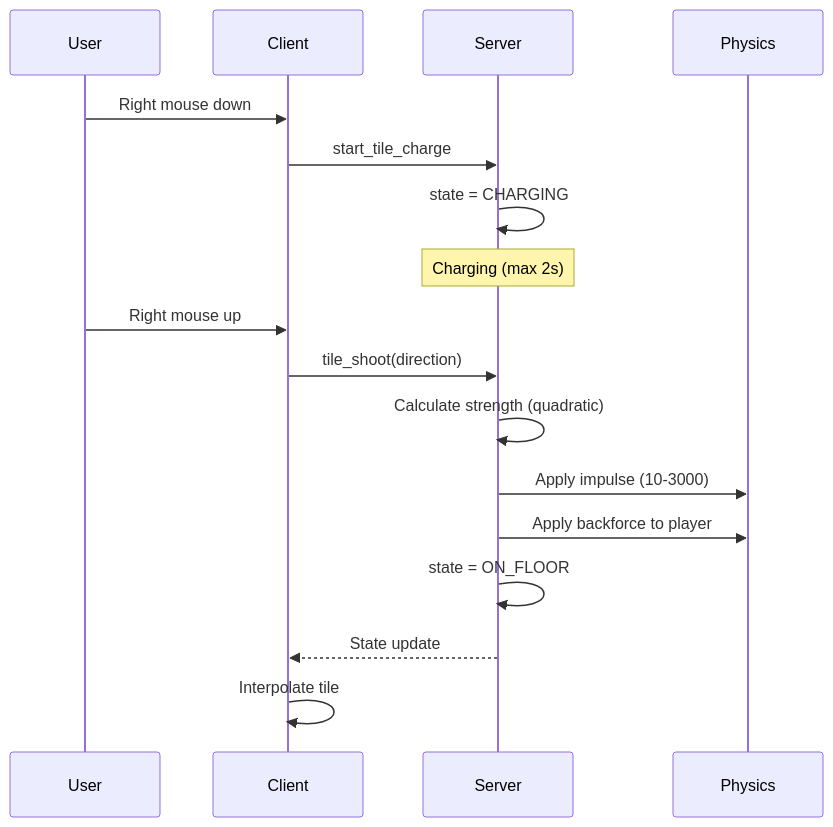
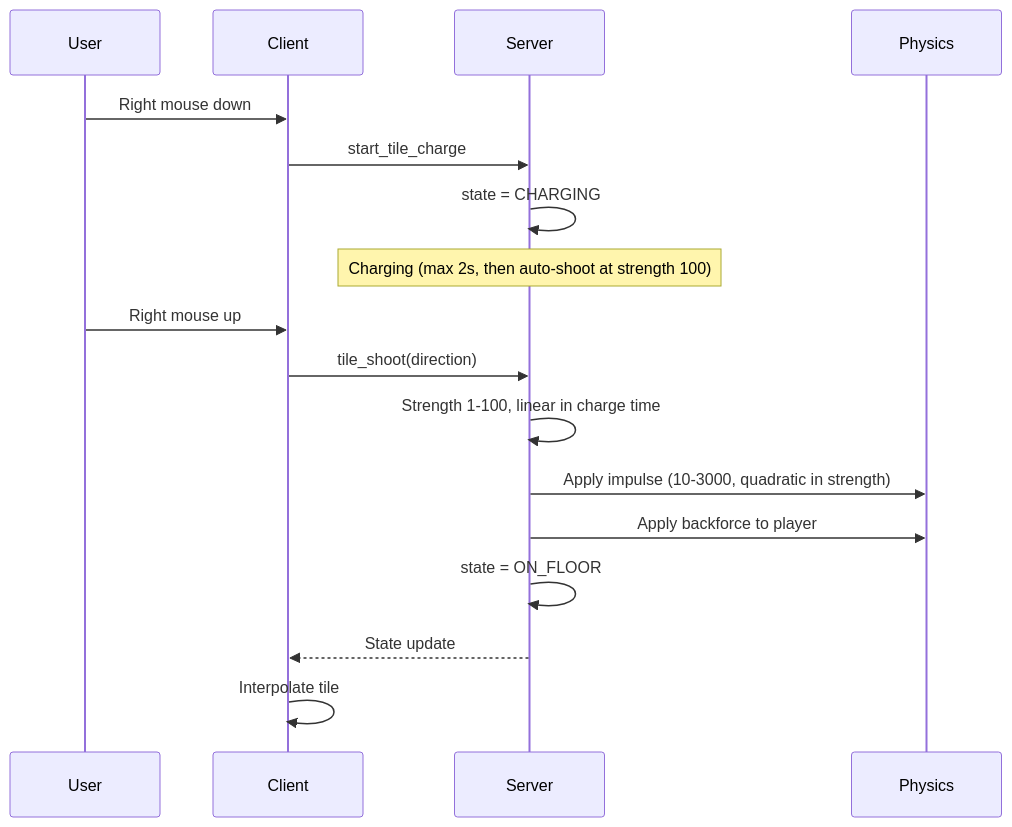
One commit to nguyenvanduocit/the-car-game changed diagram 14 of 16 in docs/GAME_LOGIC.md. Above: the diagram before and after it, drawn with Mermaid. The commit also changed other lines of this file and 18 other files, not shown here.

````diff
--- a/docs/GAME_LOGIC.md
+++ b/docs/GAME_LOGIC.md
@@ -406,23 +442,23 @@
 ```mermaid
 sequenceDiagram
     participant U as User
     participant C as Client
     participant S as Server
     participant P as Physics
 
     U->>C: Right mouse down
     C->>S: start_tile_charge
     S->>S: state = CHARGING
 
-    Note over S: Charging (max 2s)
+    Note over S: Charging (max 2s, then auto-shoot at strength 100)
 
     U->>C: Right mouse up
     C->>S: tile_shoot(direction)
-    S->>S: Calculate strength (quadratic)
-    S->>P: Apply impulse (10-3000)
+    S->>S: Strength 1-100, linear in charge time
+    S->>P: Apply impulse (10-3000, quadratic in strength)
     S->>P: Apply backforce to player
     S->>S: state = ON_FLOOR
 
     S-->>C: State update
     C->>C: Interpolate tile
 ```
````
